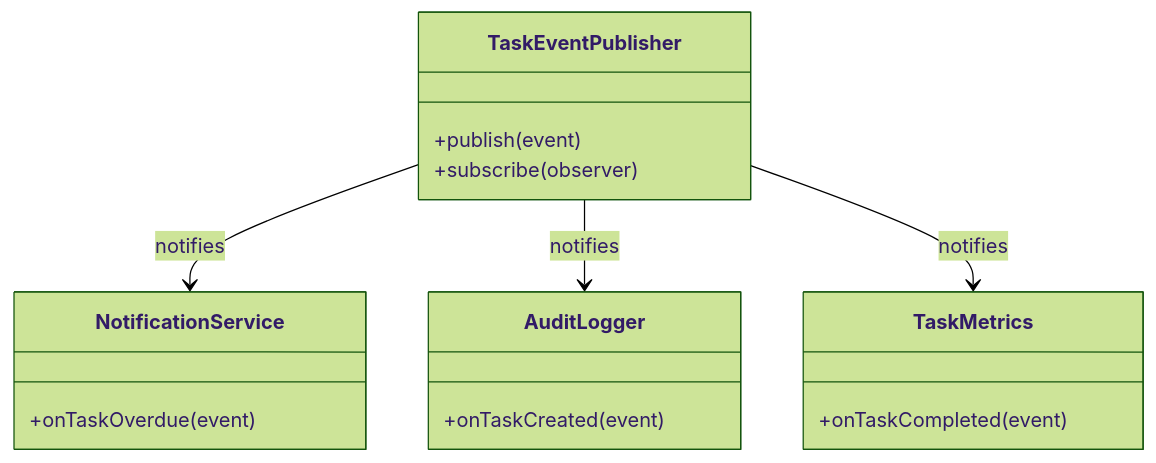
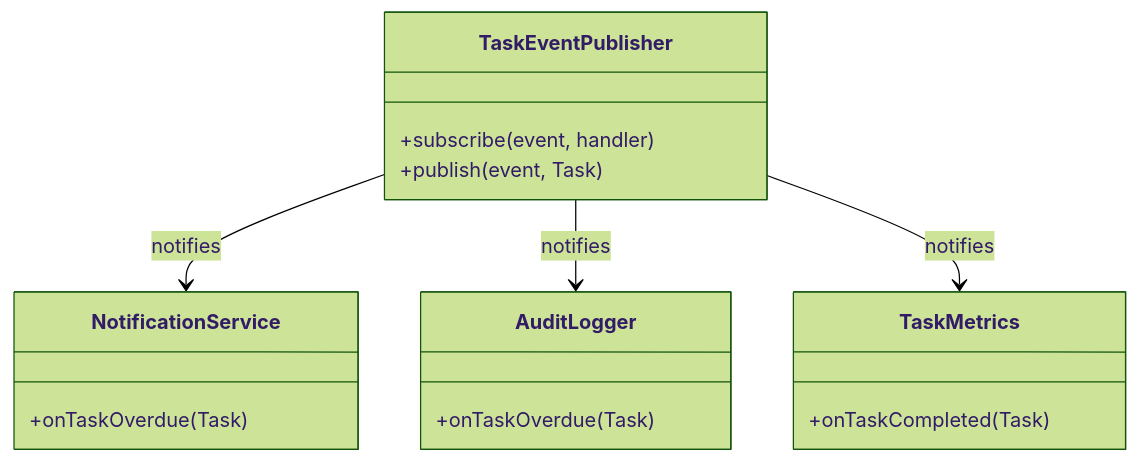
Before and after one commit to suli-g/stratum: the ninth of 10 diagrams in docs/level-1/L02.md, drawn with Mermaid (forest theme). The commit also changed other lines of this file, not shown here.

````diff
--- a/docs/level-1/L02.md
+++ b/docs/level-1/L02.md
@@ -295,20 +290,20 @@
 ```{mermaid}
 classDiagram
     class TaskEventPublisher {
-        +publish(event)
-        +subscribe(observer)
+        +subscribe(event, handler)
+        +publish(event, Task)
     }
     class NotificationService {
-        +onTaskOverdue(event)
+        +onTaskOverdue(Task)
     }
     class AuditLogger {
-        +onTaskCreated(event)
+        +onTaskOverdue(Task)
     }
     class TaskMetrics {
-        +onTaskCompleted(event)
+        +onTaskCompleted(Task)
     }
-    
+
     TaskEventPublisher --> NotificationService : notifies
     TaskEventPublisher --> AuditLogger : notifies
     TaskEventPublisher --> TaskMetrics : notifies
 ```
````
